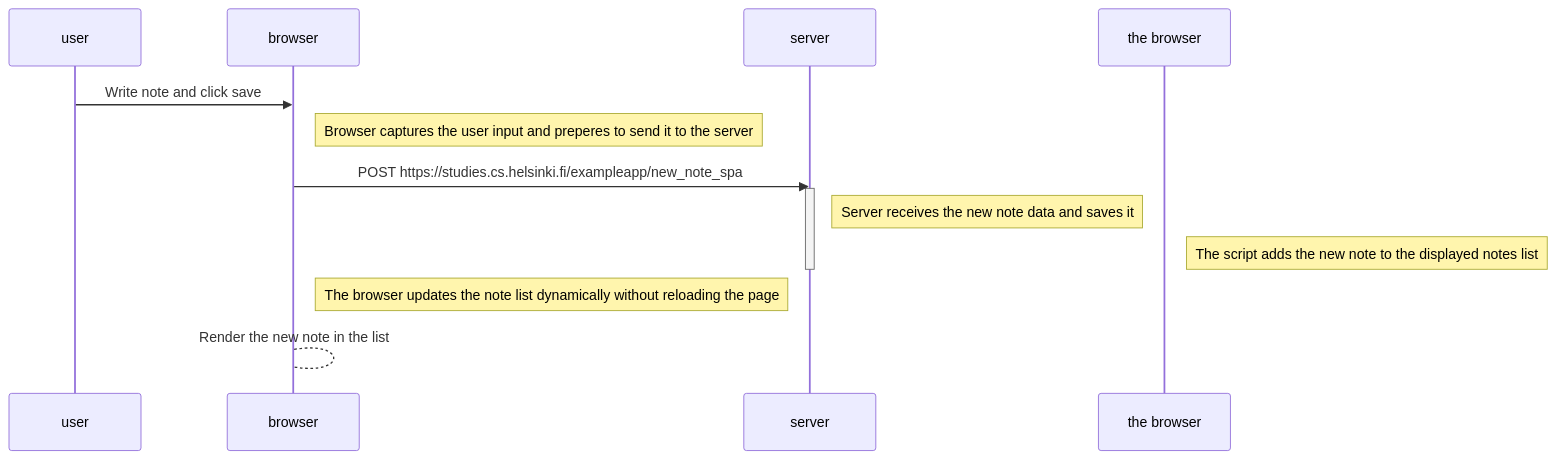
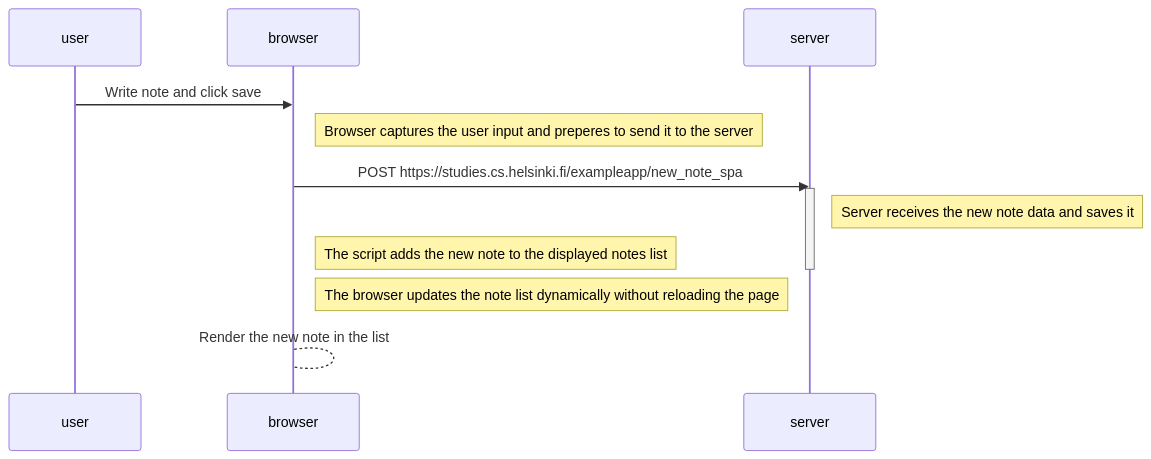
Before and after one commit to LukaszZubek/fullstackopen-Zubek-4b: the diagram in Part0/06.md, drawn with Mermaid.

Commit message:
Update 06.md
no

````diff
--- a/Part0/06.md
+++ b/Part0/06.md
@@ -1,18 +1,18 @@
 ```mermaid
     sequenceDiagram
     participant user
     participant browser
     participant server
 
     user->>browser: Write note and click save
     Note right of browser: Browser captures the user input and preperes to send it to the server
 
     browser->>server: POST https://studies.cs.helsinki.fi/exampleapp/new_note_spa 
     activate server
     note right of server: Server receives the new note data and saves it
-    note right of the browser: The script adds the new note to the displayed notes list
+    note right of browser: The script adds the new note to the displayed notes list
     deactivate server
 
     Note right of browser: The browser updates the note list dynamically without reloading the page
     browser-->browser: Render the new note in the list
 ```
````
